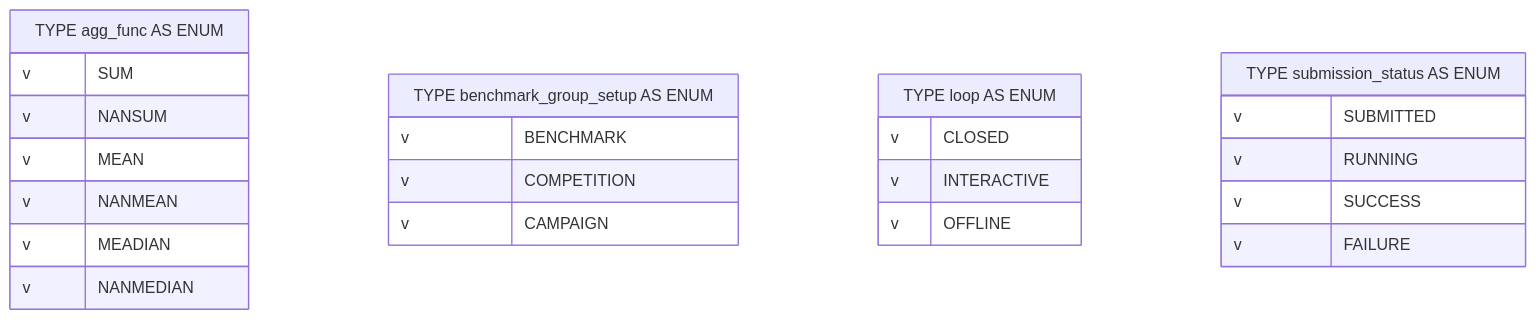
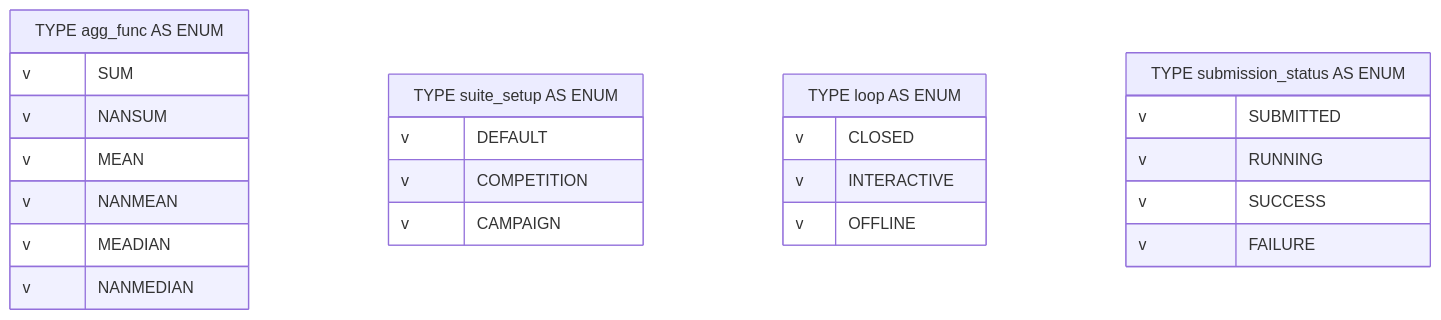
One commit to flatland-association/flatland-benchmarks changed the third of 6 diagrams in docs/ARCHITECTURE.md. Above: the diagram before and after it, drawn with Mermaid. The commit also changed other lines of this file and 50 other files, not shown here.

First line of the commit message:
fix: New terminology benchmark and suite (#428)

````diff
--- a/docs/ARCHITECTURE.md
+++ b/docs/ARCHITECTURE.md
@@ -522,29 +522,29 @@
 ```mermaid
 erDiagram
   "TYPE agg_func AS ENUM" {
     v SUM
     v NANSUM
     v MEAN
     v NANMEAN
     v MEADIAN
     v NANMEDIAN
   }
-  "TYPE benchmark_group_setup AS ENUM" {
-    v BENCHMARK
+  "TYPE suite_setup AS ENUM" {
+    v DEFAULT
     v COMPETITION
     v CAMPAIGN
   }
 
   "TYPE loop AS ENUM" {
     v CLOSED
     v INTERACTIVE
     v OFFLINE
   }
 
   "TYPE submission_status AS ENUM" {
     v SUBMITTED
     v RUNNING
     v SUCCESS
     v FAILURE
   }
 ```
````
